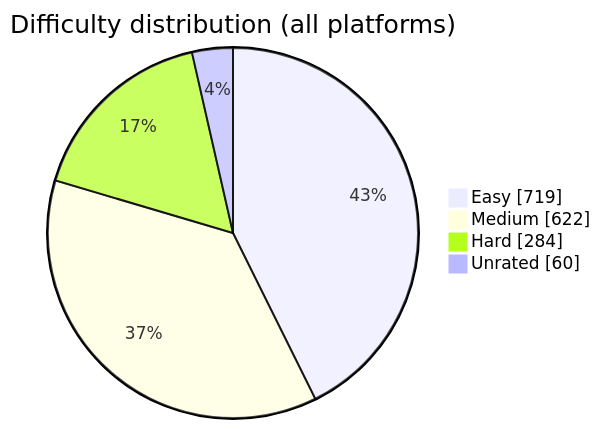
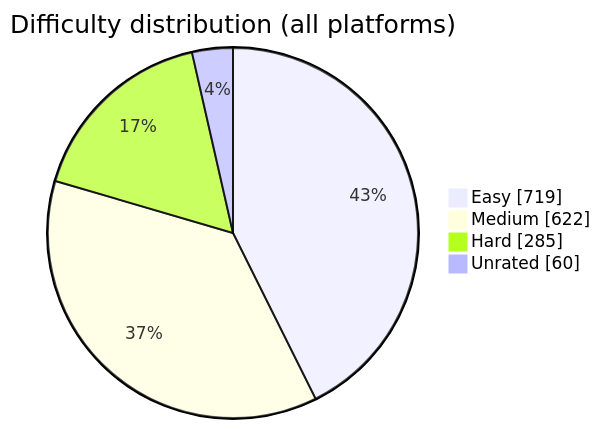
Before and after one commit to BuildbyArindam/Daily-Coding-Log: the diagram in README.md, drawn with Mermaid. The commit also changed other lines of this file, not shown here.

````diff
--- a/README.md
+++ b/README.md
@@ -93,7 +93,7 @@
 ```mermaid
 pie showData title Difficulty distribution (all platforms)
     "Easy" : 719
     "Medium" : 622
-    "Hard" : 284
+    "Hard" : 285
     "Unrated" : 60
 ```
````
